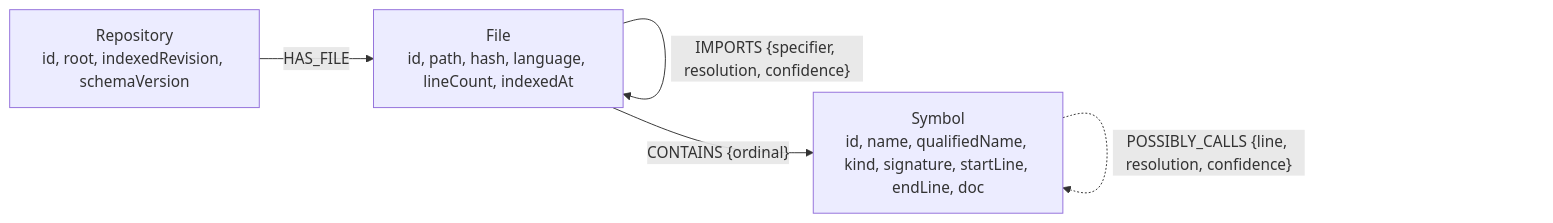
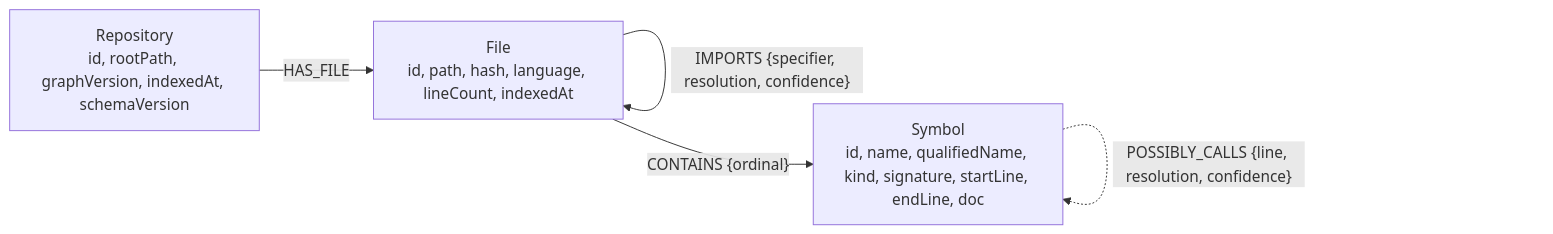
Before and after one commit to ibold-dev/nexus-mcp: the first of 3 diagrams in docs/graph-model.md, drawn with Mermaid. The commit also changed other lines of this file and 3 other files, not shown here.

````diff
--- a/docs/graph-model.md
+++ b/docs/graph-model.md
@@ -9,11 +12,11 @@
 ```mermaid
 flowchart LR
-    R["Repository<br/>id, root, indexedRevision, schemaVersion"]
+    R["Repository<br/>id, rootPath, graphVersion, indexedAt, schemaVersion"]
     F["File<br/>id, path, hash, language, lineCount, indexedAt"]
     S["Symbol<br/>id, name, qualifiedName, kind, signature, startLine, endLine, doc"]
 
     R -- "HAS_FILE" --> F
     F -- "CONTAINS {ordinal}" --> S
     F -- "IMPORTS {specifier, resolution, confidence}" --> F
     S -. "POSSIBLY_CALLS {line, resolution, confidence}" .-> S
 ```
````
